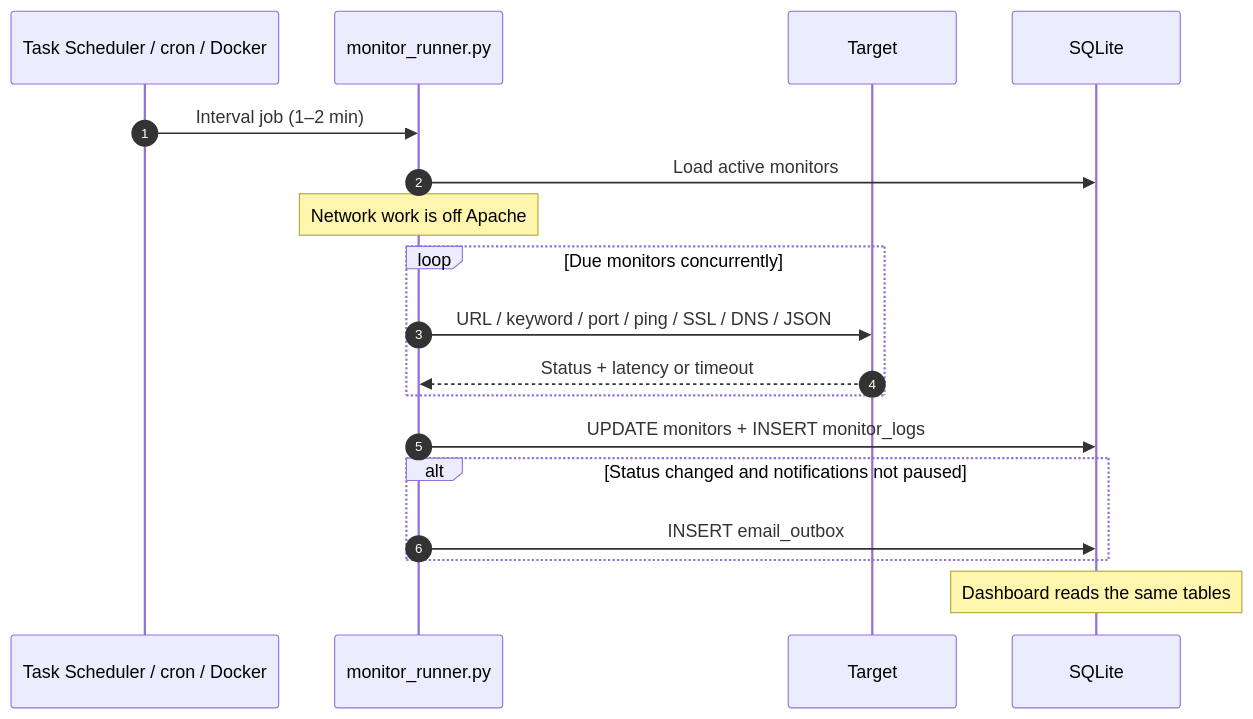
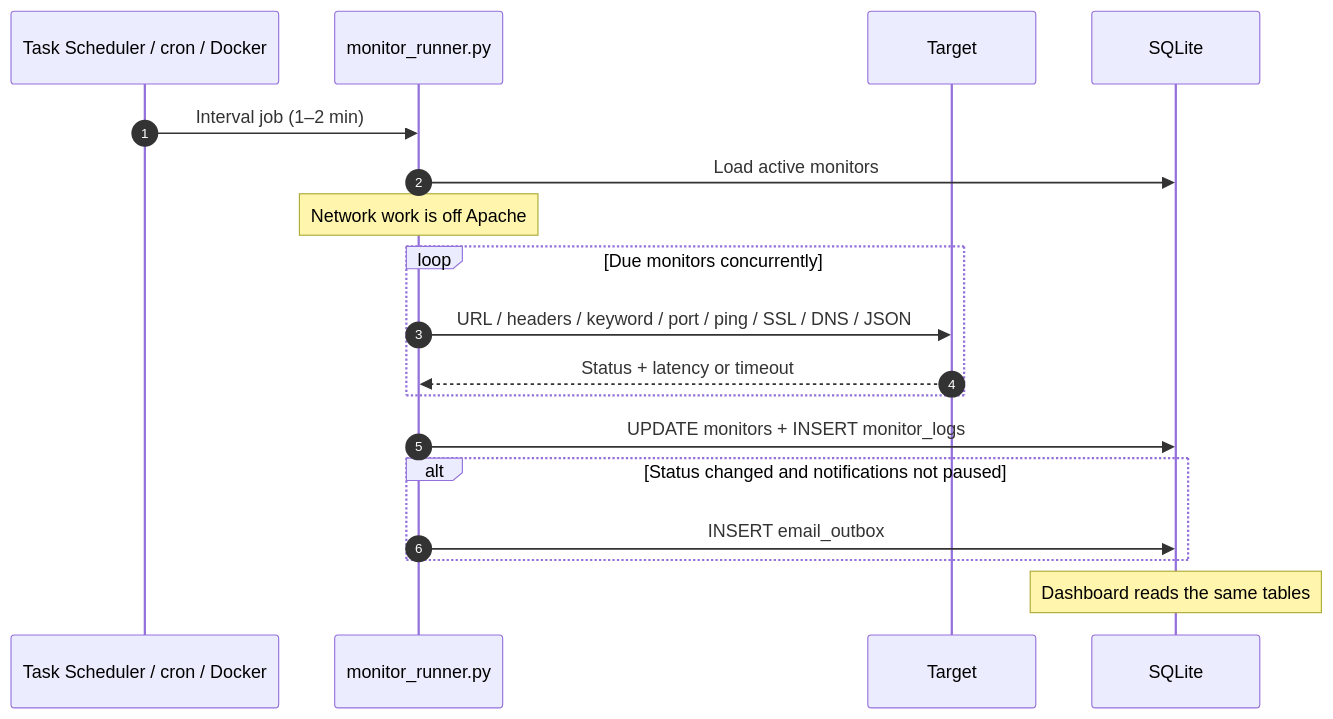
Before and after one commit to zafrullakhan001/linknest: the second of 3 diagrams in docs/PYTHON_WORKERS.md, drawn with Mermaid. The commit also changed other lines of this file and 13 other files, not shown here.

````diff
--- a/docs/PYTHON_WORKERS.md
+++ b/docs/PYTHON_WORKERS.md
@@ -66,21 +66,21 @@
 ```mermaid
 sequenceDiagram
   autonumber
   participant Sched as Task Scheduler / cron / Docker
   participant MR as monitor_runner.py
   participant T as Target
   participant DB as SQLite
 
   Sched->>MR: Interval job (1–2 min)
   MR->>DB: Load active monitors
   Note over MR: Network work is off Apache
   loop Due monitors concurrently
-    MR->>T: URL / keyword / port / ping / SSL / DNS / JSON
+    MR->>T: URL / headers / keyword / port / ping / SSL / DNS / JSON
     T-->>MR: Status + latency or timeout
   end
   MR->>DB: UPDATE monitors + INSERT monitor_logs
   alt Status changed and notifications not paused
     MR->>DB: INSERT email_outbox
   end
   Note over DB: Dashboard reads the same tables
 ```
````
